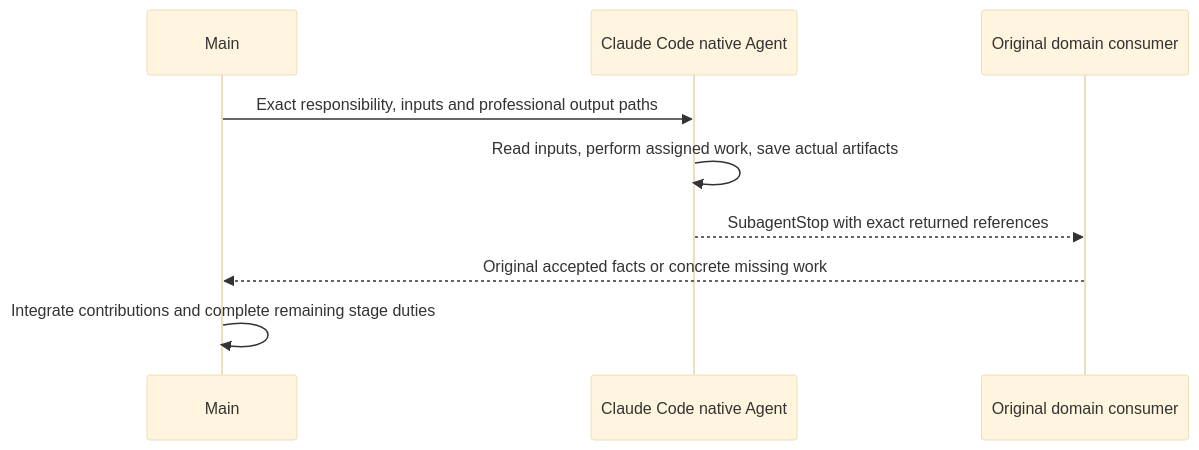
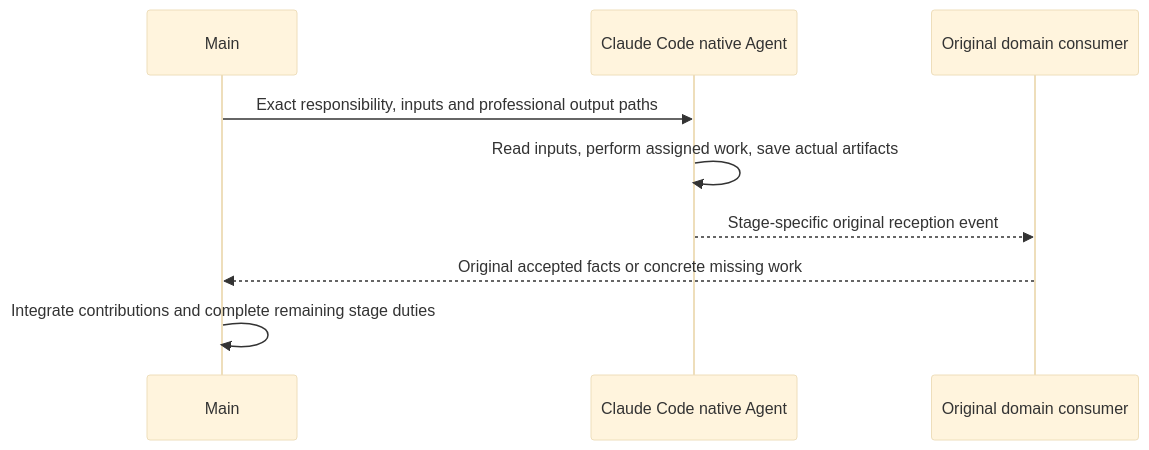
The seventh of 7 diagrams in docs/guides/engineering-loop.md (entroforge/go-system-builder), drawn with Mermaid (base theme) before and after one commit. The commit also changed other lines of this file and 1694 other files, not shown here.

````diff
--- a/docs/guides/engineering-loop.md
+++ b/docs/guides/engineering-loop.md
@@ -457,11 +457,11 @@
 ```mermaid
 sequenceDiagram
     participant Main
     participant Agent as Claude Code native Agent
     participant Receiver as Original domain consumer
     Main->>Agent: Exact responsibility, inputs and professional output paths
     Agent->>Agent: Read inputs, perform assigned work, save actual artifacts
-    Agent-->>Receiver: SubagentStop with exact returned references
+    Agent-->>Receiver: Stage-specific original reception event
     Receiver-->>Main: Original accepted facts or concrete missing work
     Main->>Main: Integrate contributions and complete remaining stage duties
 ```
````
